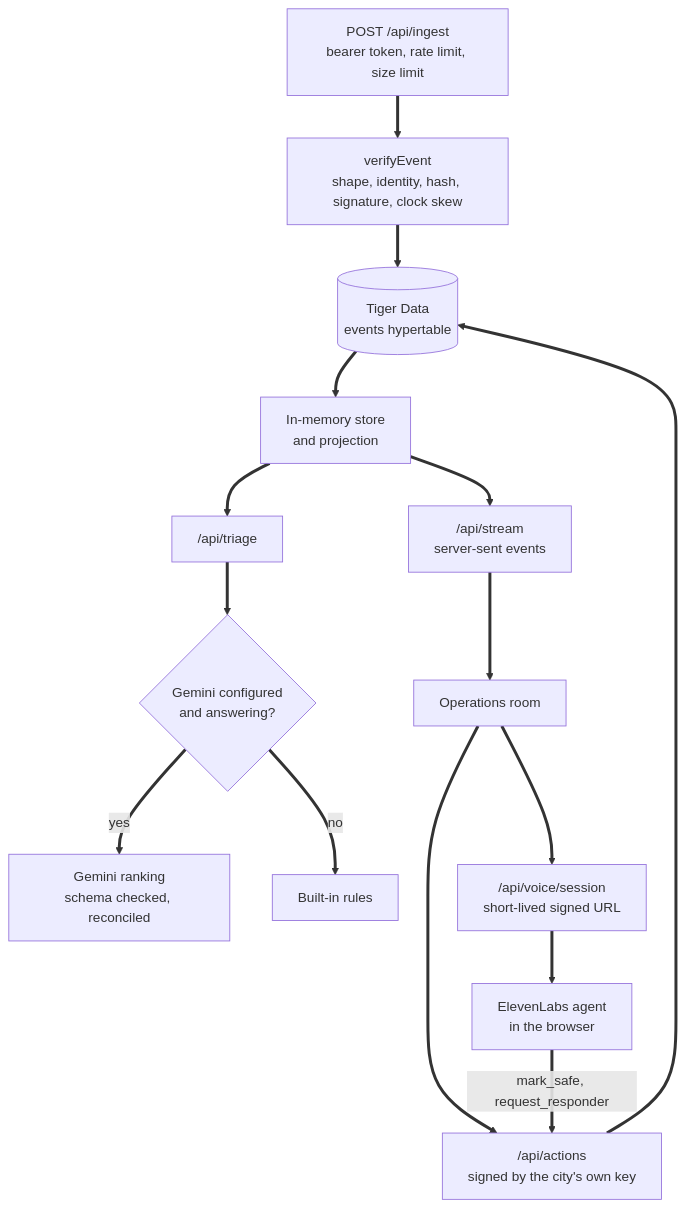
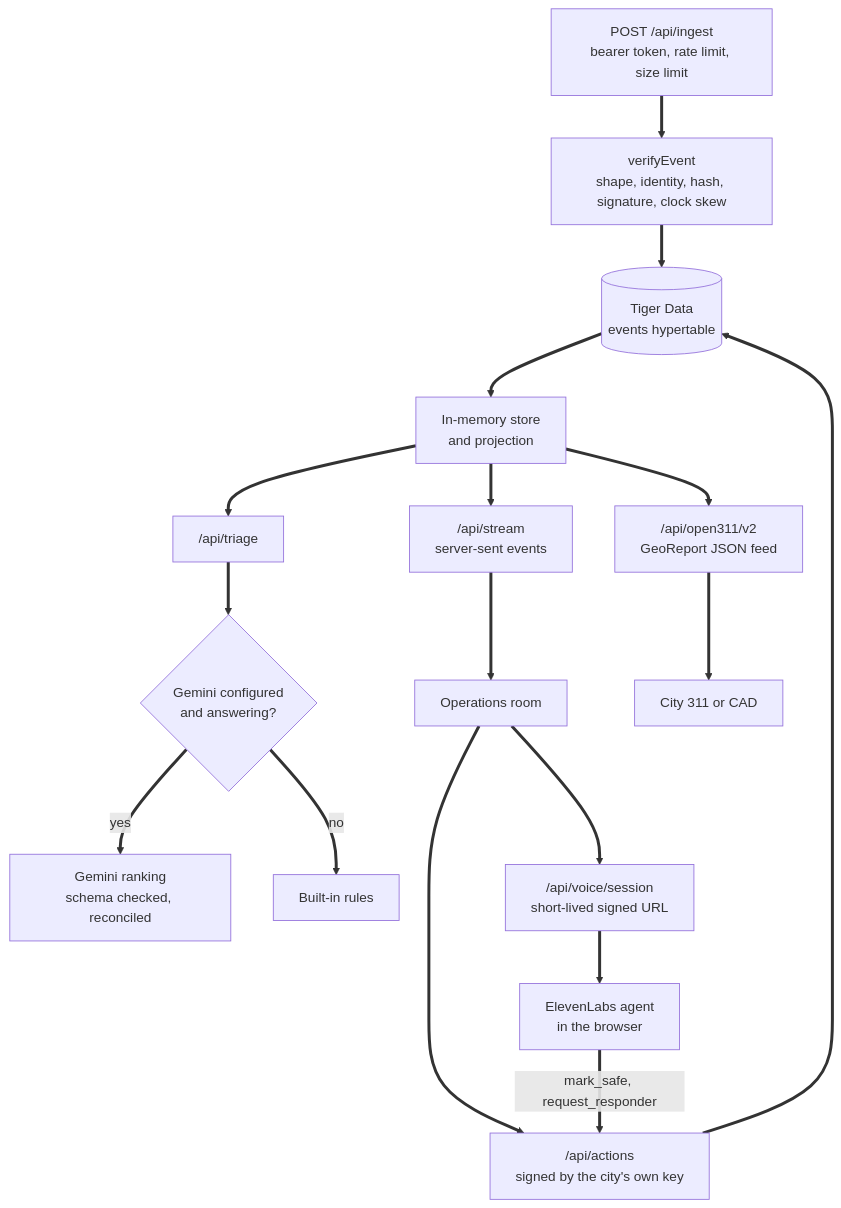
Before and after one commit to GautamTalksDev/porchlight: the fifth of 6 diagrams in docs/ARCHITECTURE.md, drawn with Mermaid. The commit also changed other lines of this file and 30 other files, not shown here.

````diff
--- a/docs/ARCHITECTURE.md
+++ b/docs/ARCHITECTURE.md
@@ -109,17 +109,19 @@
 ```mermaid
 flowchart TB
     IN["POST /api/ingest<br/>bearer token, rate limit, size limit"] ==> V["verifyEvent<br/>shape, identity, hash, signature, clock skew"]
     V ==> W[("Tiger Data<br/>events hypertable")]
     W ==> MEM["In-memory store<br/>and projection"]
     MEM ==> SSE["/api/stream<br/>server-sent events"]
     SSE ==> OPS["Operations room"]
     MEM ==> T["/api/triage"]
     T ==> G{"Gemini configured<br/>and answering?"}
     G ==>|yes| GEM["Gemini ranking<br/>schema checked, reconciled"]
     G ==>|no| RULES["Built-in rules"]
     OPS ==> ACT["/api/actions<br/>signed by the city's own key"]
     ACT ==> W
     OPS ==> VS["/api/voice/session<br/>short-lived signed URL"]
     VS ==> EL["ElevenLabs agent<br/>in the browser"]
     EL ==>|mark_safe, request_responder| ACT
+    MEM ==> O311["/api/open311/v2<br/>GeoReport JSON feed"]
+    O311 ==> CAD["City 311 or CAD"]
 ```
````
